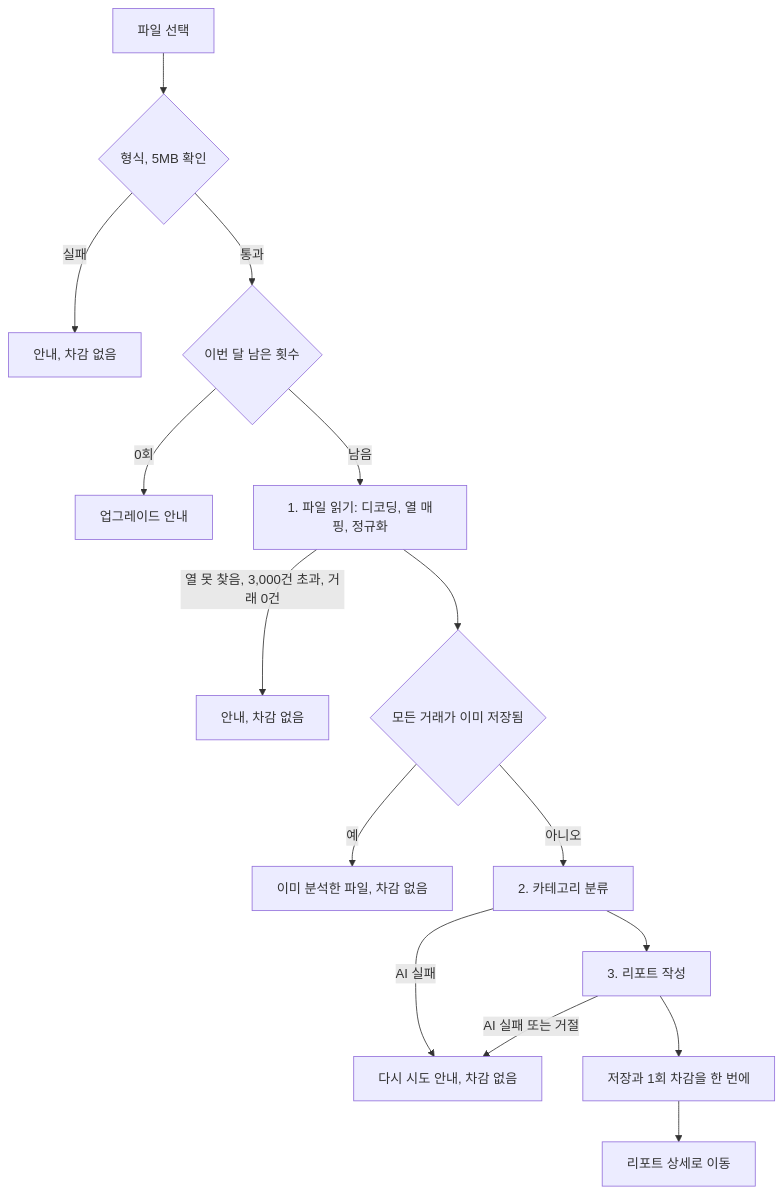
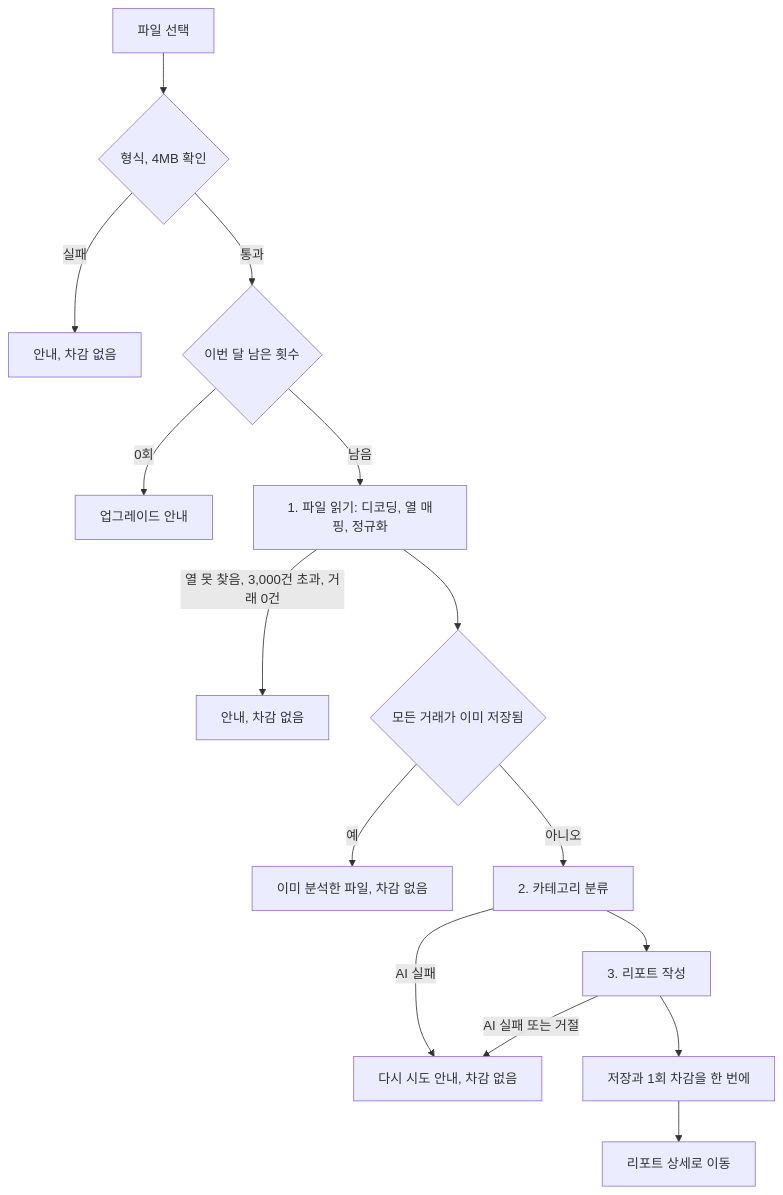
The second of 3 diagrams in docs/PRD.md (ccy-dxtech/finsight), drawn with Mermaid before and after one commit. The commit also changed other lines of this file and 12 other files, not shown here.

````diff
--- a/docs/PRD.md
+++ b/docs/PRD.md
@@ -78,17 +78,17 @@
 ```mermaid
 flowchart TD
-  F["파일 선택"] --> V{"형식, 5MB 확인"}
+  F["파일 선택"] --> V{"형식, 4MB 확인"}
   V -->|실패| E1["안내, 차감 없음"]
   V -->|통과| Q{"이번 달 남은 횟수"}
   Q -->|0회| UP["업그레이드 안내"]
   Q -->|남음| P1["1. 파일 읽기: 디코딩, 열 매핑, 정규화"]
   P1 -->|열 못 찾음, 3,000건 초과, 거래 0건| E2["안내, 차감 없음"]
   P1 --> DUP{"모든 거래가 이미 저장됨"}
   DUP -->|예| E3["이미 분석한 파일, 차감 없음"]
   DUP -->|아니오| P2["2. 카테고리 분류"]
   P2 --> P3["3. 리포트 작성"]
   P2 -->|AI 실패| E4["다시 시도 안내, 차감 없음"]
   P3 -->|AI 실패 또는 거절| E4
   P3 --> C["저장과 1회 차감을 한 번에"]
   C --> R["리포트 상세로 이동"]
 ```
````
